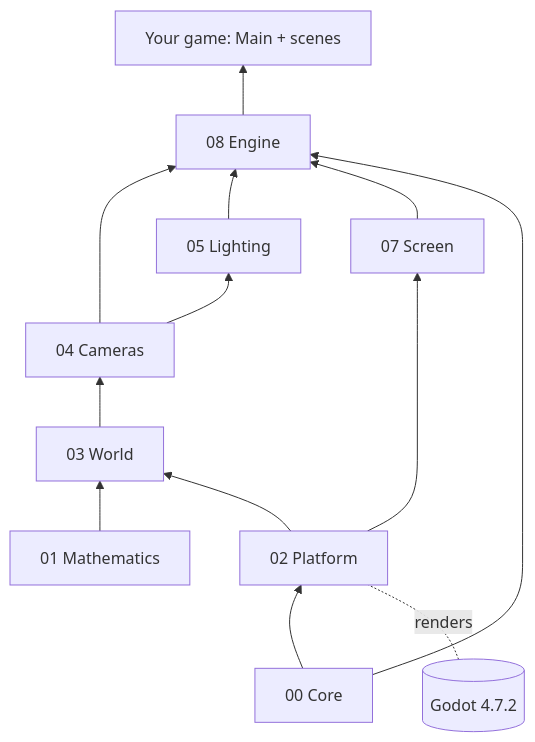
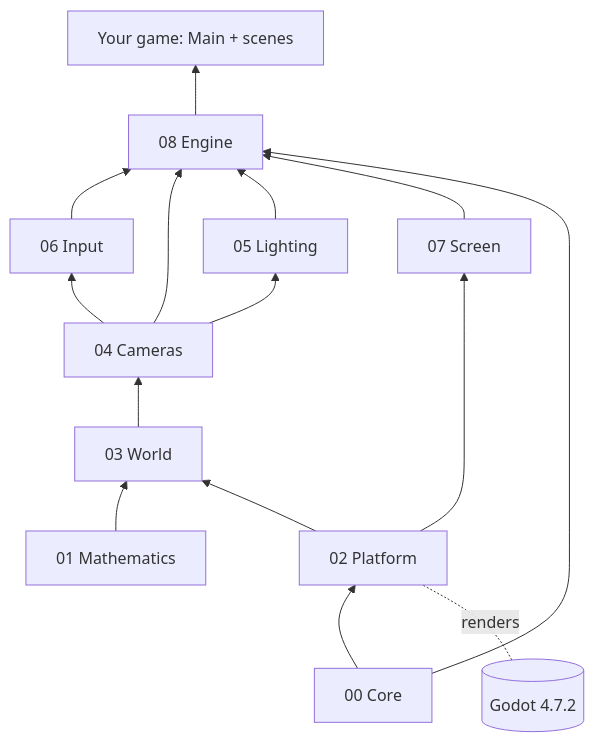
The diagram in documents/Architecture/Architecture Overview.md (ThatEvilGuy-237/MyGameFrameWork), drawn with Mermaid before and after one commit. The commit also changed other lines of this file and 37 other files, not shown here.

````diff
--- a/documents/Architecture/Architecture Overview.md
+++ b/documents/Architecture/Architecture Overview.md
@@ -29,15 +29,17 @@
 ```mermaid
 flowchart BT
   core[00 Core] --> platform[02 Platform]
   math[01 Mathematics] --> world[03 World]
   platform --> world
   platform --> screen[07 Screen]
   world --> cameras[04 Cameras]
   cameras --> lighting[05 Lighting]
-  cameras --> engine[08 Engine]
+  cameras --> input[06 Input]
+  input --> engine[08 Engine]
+  cameras --> engine
   lighting --> engine
   screen --> engine
   core --> engine
   engine --> game[Your game: Main + scenes]
   godot[(Godot 4.7.2)] -.renders.- platform
 ```
````
